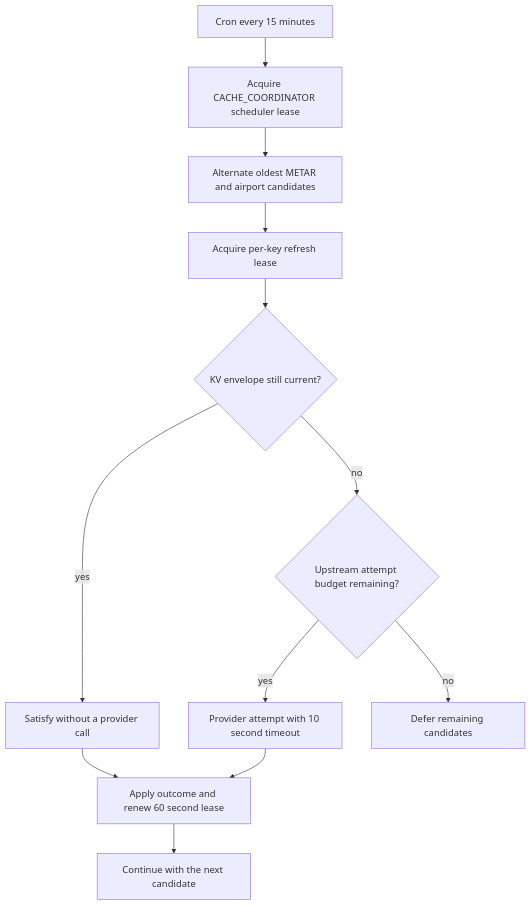
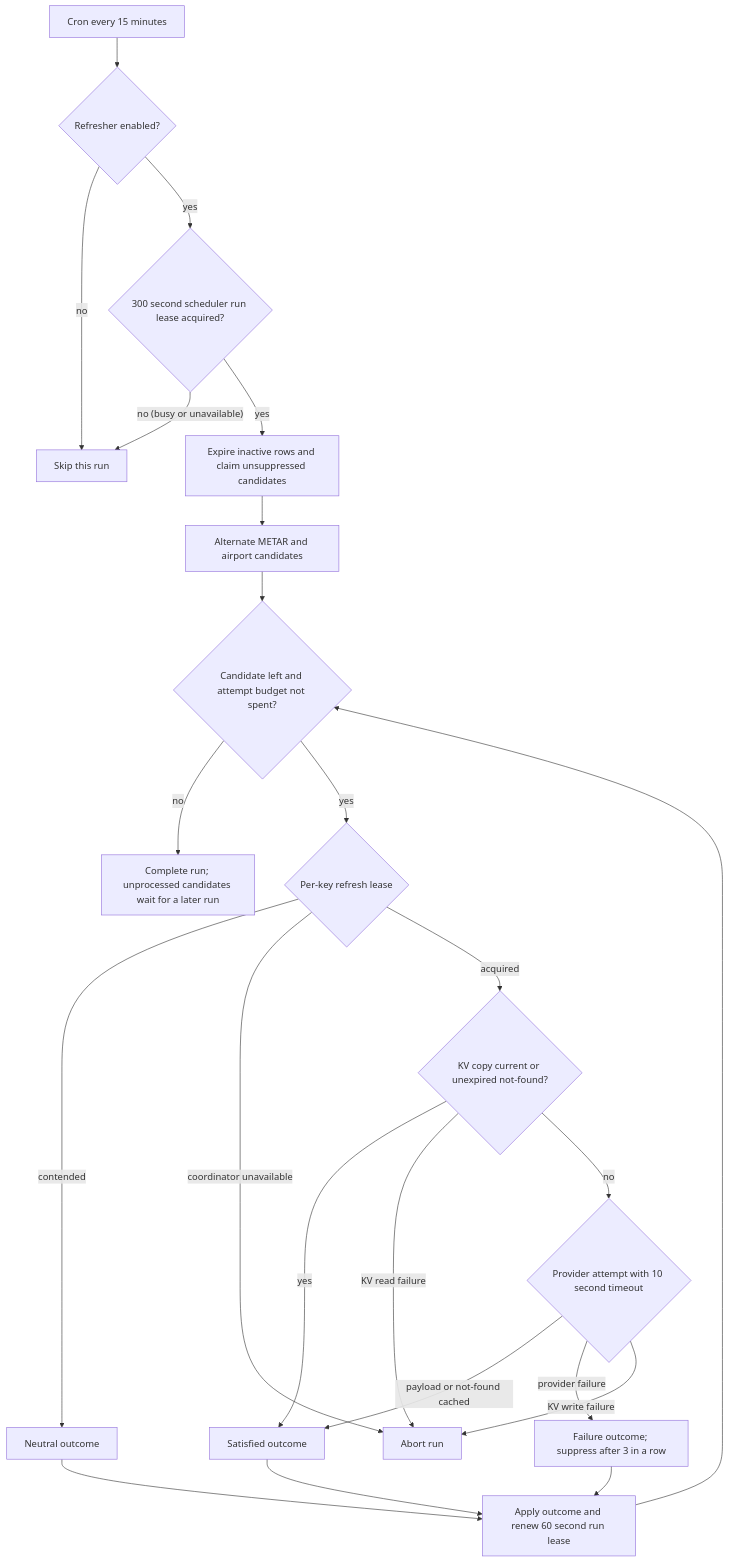
Before and after one commit to benvon/runway-picker: the second of 2 diagrams in docs/cache-architecture.md, drawn with Mermaid. The commit also changed other lines of this file and 1 other file, not shown here.

First line of the commit message:
docs: align cache and lookup diagrams with the Worker code

````diff
--- a/docs/cache-architecture.md
+++ b/docs/cache-architecture.md
@@ -134,20 +145,40 @@
 ```mermaid
 flowchart TD
   cron["Cron every 15 minutes"]
-  schedLease["Acquire CACHE_COORDINATOR scheduler lease"]
-  candidates["Alternate oldest METAR and airport candidates"]
-  keyLease["Acquire per-key refresh lease"]
-  current{"KV envelope still current?"}
-  skip["Satisfy without a provider call"]
-  budget{"Upstream attempt budget remaining?"}
-  attempt["Provider attempt with 10 second timeout"]
-  apply["Apply outcome and renew 60 second lease"]
-  defer["Defer remaining candidates"]
+  enabled{"Refresher enabled?"}
+  runLease{"300 second scheduler run lease acquired?"}
+  skipRun["Skip this run"]
+  claim["Expire inactive rows and claim unsuppressed candidates"]
+  order["Alternate METAR and airport candidates"]
+  budget{"Candidate left and attempt budget not spent?"}
+  keyLease{"Per-key refresh lease"}
+  current{"KV copy current or unexpired not-found?"}
+  satisfied["Satisfied outcome"]
+  attempt{"Provider attempt with 10 second timeout"}
+  failed["Failure outcome; suppress after 3 in a row"]
+  neutral["Neutral outcome"]
+  apply["Apply outcome and renew 60 second run lease"]
+  complete["Complete run; unprocessed candidates wait for a later run"]
+  abort["Abort run"]
 
-  cron --> schedLease --> candidates --> keyLease --> current
-  current -->|yes| skip --> apply
-  current -->|no| budget
-  budget -->|yes| attempt --> apply
-  budget -->|no| defer
-  apply --> nextCandidate["Continue with the next candidate"]
+  cron --> enabled
+  enabled -->|no| skipRun
+  enabled -->|yes| runLease
+  runLease -->|"no (busy or unavailable)"| skipRun
+  runLease -->|yes| claim --> order --> budget
+  budget -->|no| complete
+  budget -->|yes| keyLease
+  keyLease -->|contended| neutral
+  keyLease -->|coordinator unavailable| abort
+  keyLease -->|acquired| current
+  current -->|yes| satisfied
+  current -->|KV read failure| abort
+  current -->|no| attempt
+  attempt -->|"payload or not-found cached"| satisfied
+  attempt -->|provider failure| failed
+  attempt -->|KV write failure| abort
+  satisfied --> apply
+  failed --> apply
+  neutral --> apply
+  apply --> budget
 ```
````
